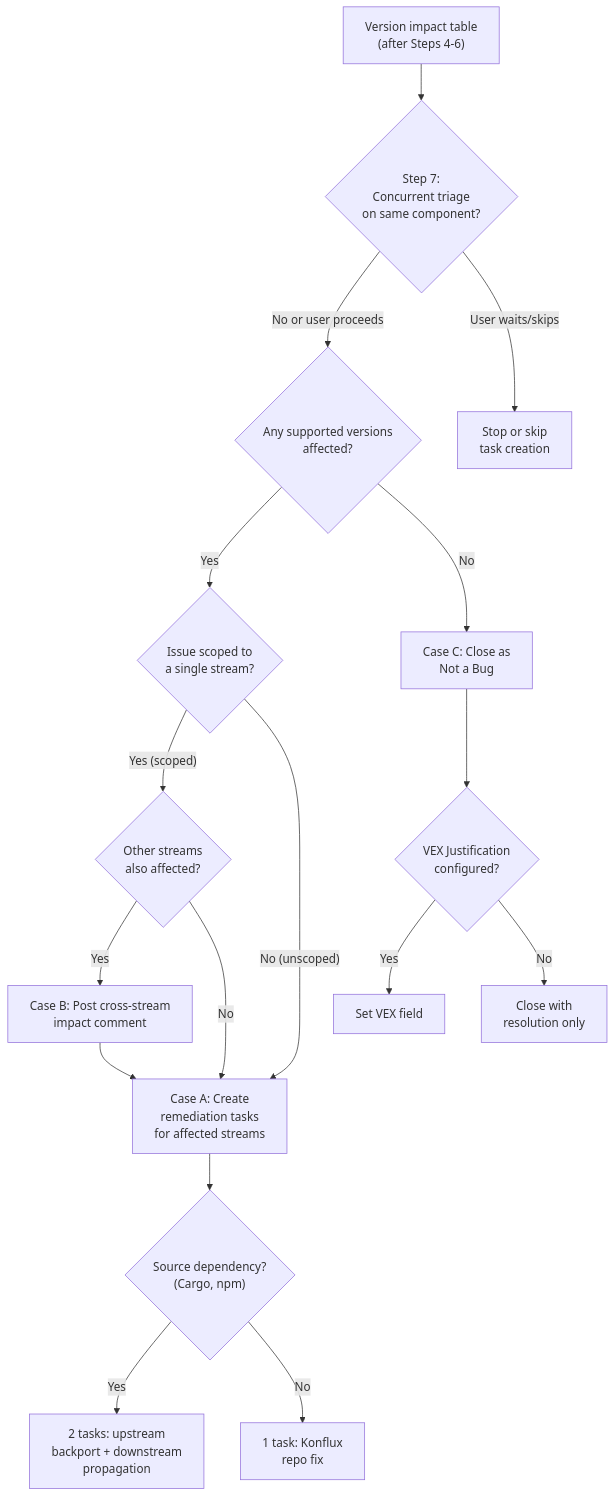
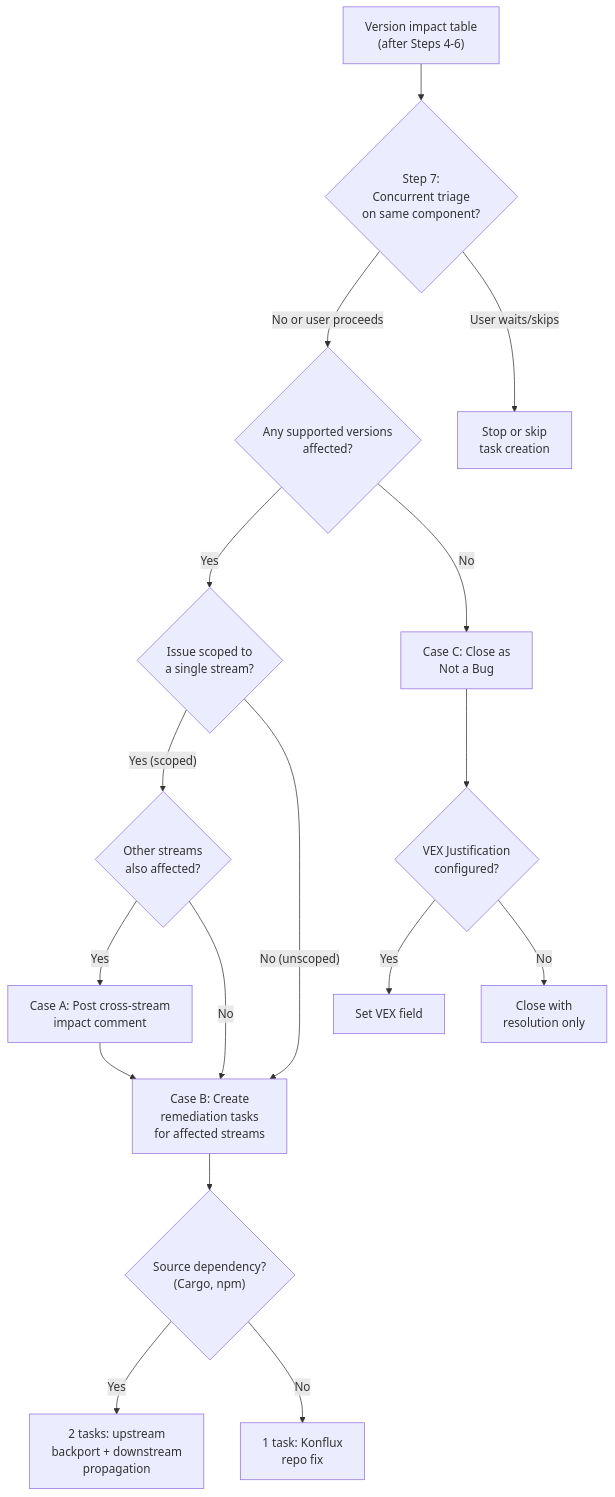
The third of 3 diagrams in plugins/sdlc-workflow/skills/triage-security/SKILL.md (RHEcosystemAppEng/sdlc-plugins), drawn with Mermaid before and after one commit. The commit also changed other lines of this file, not shown here.

````diff
--- a/plugins/sdlc-workflow/skills/triage-security/SKILL.md
+++ b/plugins/sdlc-workflow/skills/triage-security/SKILL.md
@@ -597,19 +597,19 @@
 ```mermaid
 flowchart TD
     A["Version impact table\n(after Steps 4-6)"] --> Z{"Step 7:\nConcurrent triage\non same component?"}
     Z -->|No or user proceeds| B{"Any supported versions\naffected?"}
     Z -->|User waits/skips| STOP["Stop or skip\ntask creation"]
     B -->|Yes| SCOPE{"Issue scoped to\na single stream?"}
     B -->|No| D["Case C: Close as\nNot a Bug"]
     SCOPE -->|"Yes (scoped)"| C{"Other streams\nalso affected?"}
-    SCOPE -->|"No (unscoped)"| F["Case A: Create\nremediation tasks\nfor affected streams"]
-    C -->|Yes| E["Case B: Post cross-stream\nimpact comment"]
+    SCOPE -->|"No (unscoped)"| F["Case B: Create\nremediation tasks\nfor affected streams"]
+    C -->|Yes| E["Case A: Post cross-stream\nimpact comment"]
     C -->|No| F
     E --> F
     F --> G{"Source dependency?\n(Cargo, npm)"}
     G -->|Yes| H["2 tasks: upstream\nbackport + downstream\npropagation"]
     G -->|No| I["1 task: Konflux\nrepo fix"]
     D --> J{"VEX Justification\nconfigured?"}
     J -->|Yes| K["Set VEX field"]
     J -->|No| L["Close with\nresolution only"]
 ```
````
